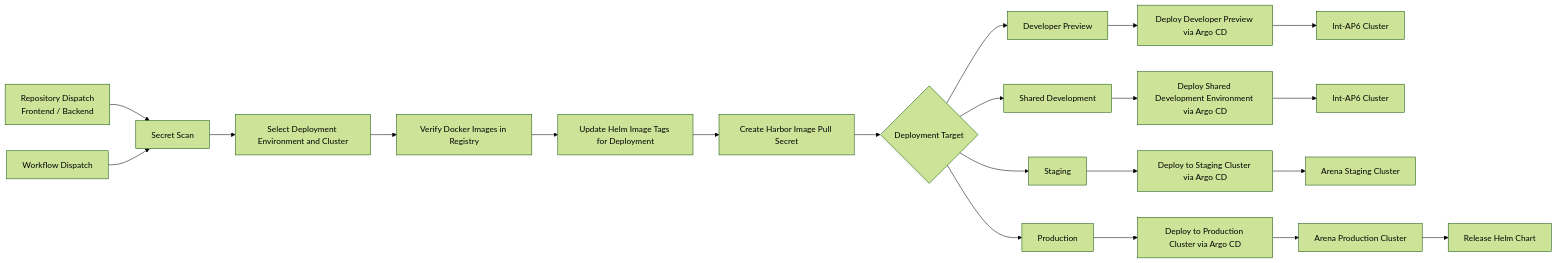
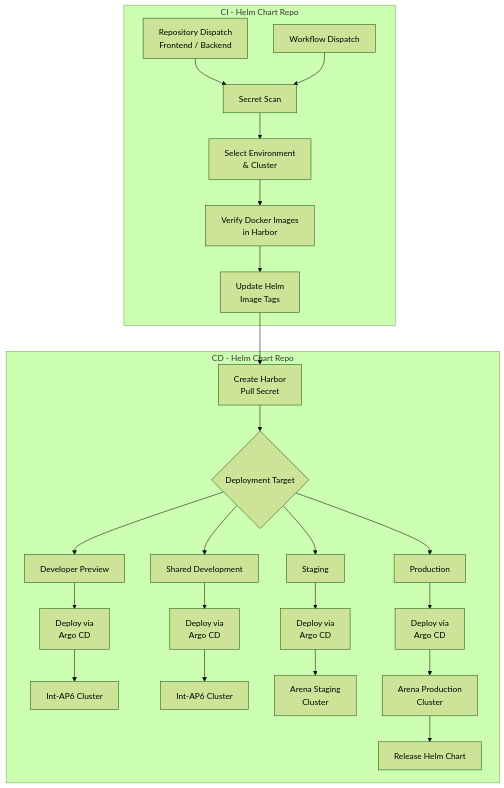
Before and after one commit to ARENA2036/managed-simple-data-exchanger: the first of 8 diagrams in docs/helm-chart-cicd.md, drawn with Mermaid (forest theme). The commit also changed other lines of this file and 2 other files, not shown here.

````diff
--- a/docs/helm-chart-cicd.md
+++ b/docs/helm-chart-cicd.md
@@ -3,40 +9,36 @@
 ```mermaid
-flowchart LR
+flowchart TB
 
-A[Repository Dispatch<br/>Frontend / Backend]
+    A["Repository Dispatch<br/>Frontend / Backend"]
+    B["Workflow Dispatch"]
 
-B[Workflow Dispatch]
+    subgraph CI["CI - Helm Chart Repo"]
+        A --> C["Secret Scan"]
+        B --> C
+        C --> D["Select Environment<br/>& Cluster"]
+        D --> E["Verify Docker Images<br/>in Harbor"]
+        E --> F["Update Helm<br/>Image Tags"]
+    end
 
-A --> C
-B --> C
+    subgraph CD["CD - Helm Chart Repo"]
+        F --> G["Create Harbor<br/>Pull Secret"]
+        G --> H{"Deployment Target"}
 
-C[Secret Scan]
+        H --> I["Developer Preview"]
+        H --> J["Shared Development"]
+        H --> K["Staging"]
+        H --> L["Production"]
 
-C --> D[Select Deployment Environment and Cluster]
+        I --> I1["Deploy via<br/>Argo CD"]
+        J --> J1["Deploy via<br/>Argo CD"]
+        K --> K1["Deploy via<br/>Argo CD"]
+        L --> L1["Deploy via<br/>Argo CD"]
 
-D --> E[Verify Docker Images in Registry]
+        I1 --> I2["Int-AP6 Cluster"]
+        J1 --> J2["Int-AP6 Cluster"]
+        K1 --> K2["Arena Staging<br/>Cluster"]
+        L1 --> L2["Arena Production<br/>Cluster"]
 
-E --> F[Update Helm Image Tags for Deployment]
-
-F --> G[Create Harbor Image Pull Secret]
-
-G --> H{Deployment Target}
-
-H --> I[Developer Preview]
-H --> J[Shared Development]
-H --> K[Staging]
-H --> L[Production]
-
-I --> I1[Deploy Developer Preview via Argo CD]
-I1 --> I2[Int-AP6 Cluster]
-
-J --> J1[Deploy Shared Development Environment via Argo CD]
-J1 --> J2[Int-AP6 Cluster]
-
-K --> K1[Deploy to Staging Cluster via Argo CD]
-K1 --> K2[Arena Staging Cluster]
-
-L --> L1[Deploy to Production Cluster via Argo CD]
-L1 --> L2[Arena Production Cluster]
-L2 --> M[Release Helm Chart]
+        L2 --> M["Release Helm Chart"]
+    end
 ```
````
